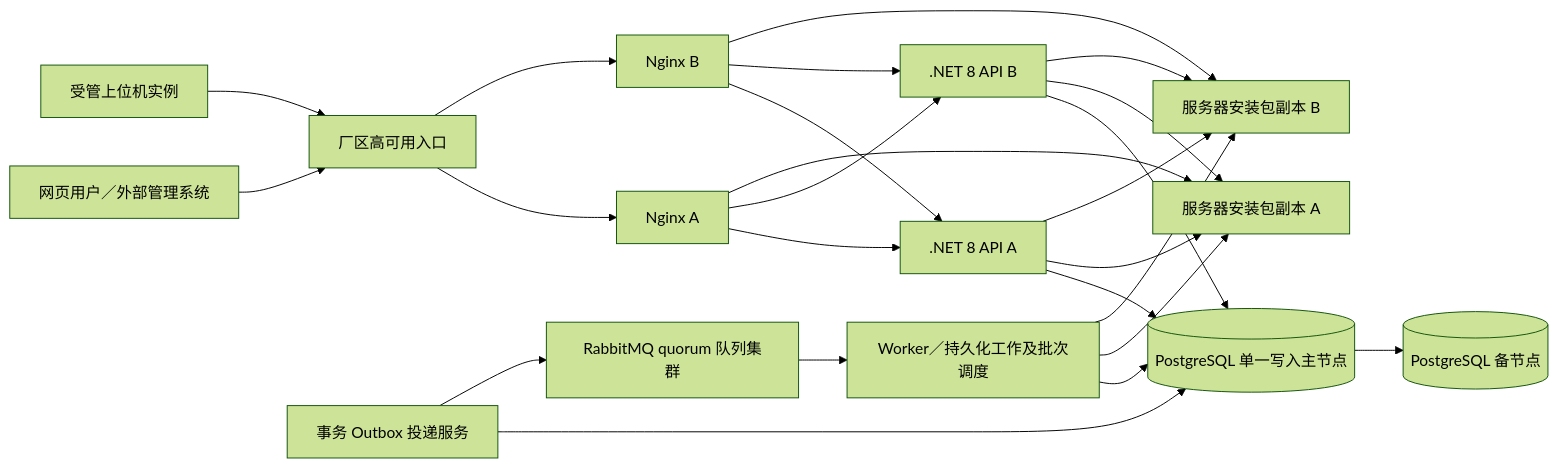
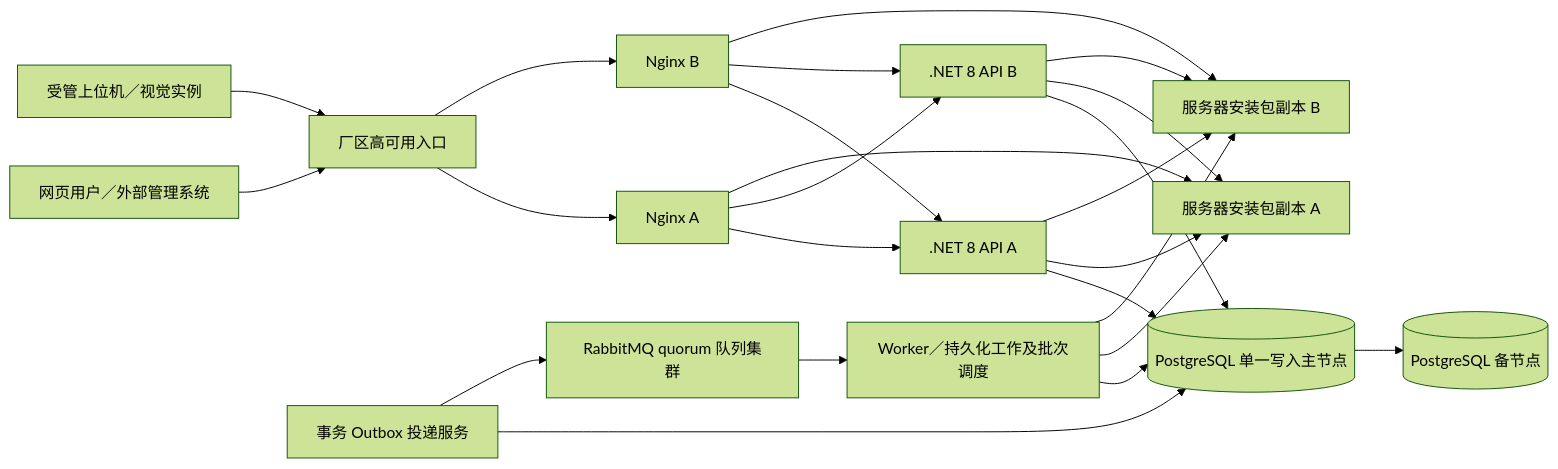
The first of 4 diagrams in docs/总体架构.md (ShuJinHao/SoftwareVersionManagement), drawn with Mermaid (forest theme) before and after one commit. The commit also changed other lines of this file and 71 other files, not shown here.

````diff
--- a/docs/总体架构.md
+++ b/docs/总体架构.md
@@ -15,26 +19,26 @@
 ```mermaid
 flowchart LR
     People[网页用户／外部管理系统] --> Entry[厂区高可用入口]
-    Client[受管上位机实例] --> Entry
+    Client[受管上位机／视觉实例] --> Entry
     Entry --> N1[Nginx A]
     Entry --> N2[Nginx B]
     N1 --> A1[.NET 8 API A]
     N1 --> A2[.NET 8 API B]
     N2 --> A1
     N2 --> A2
     N1 --> F1[服务器安装包副本 A]
     N2 --> F2[服务器安装包副本 B]
     A1 --> DB[(PostgreSQL 单一写入主节点)]
     A2 --> DB
     W[Worker／持久化工作及批次调度] --> DB
     O[事务 Outbox 投递服务] --> DB
     O --> MQ[RabbitMQ quorum 队列集群]
     MQ --> W
     W --> F1
     W --> F2
     DB --> Standby[(PostgreSQL 备节点)]
     A1 --> F1
     A1 --> F2
     A2 --> F1
     A2 --> F2
 ```
````
